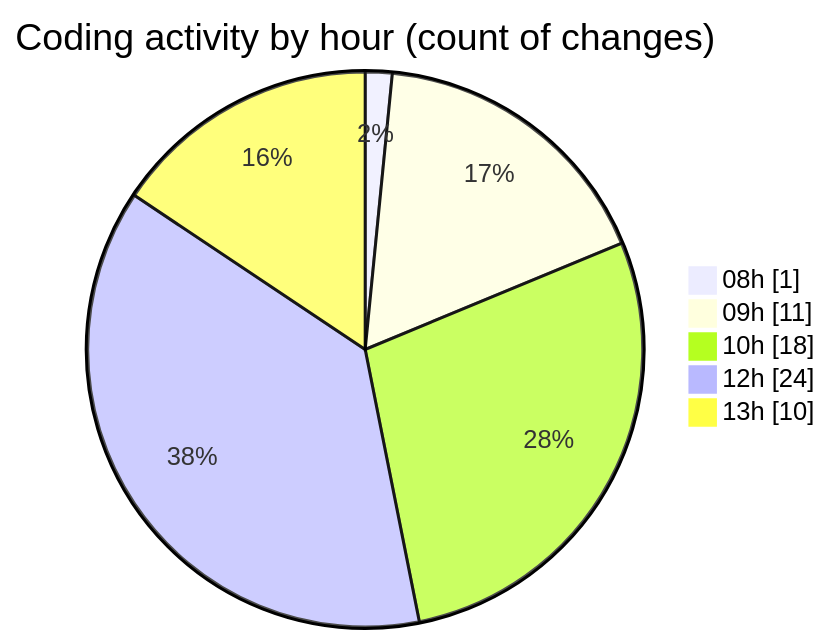
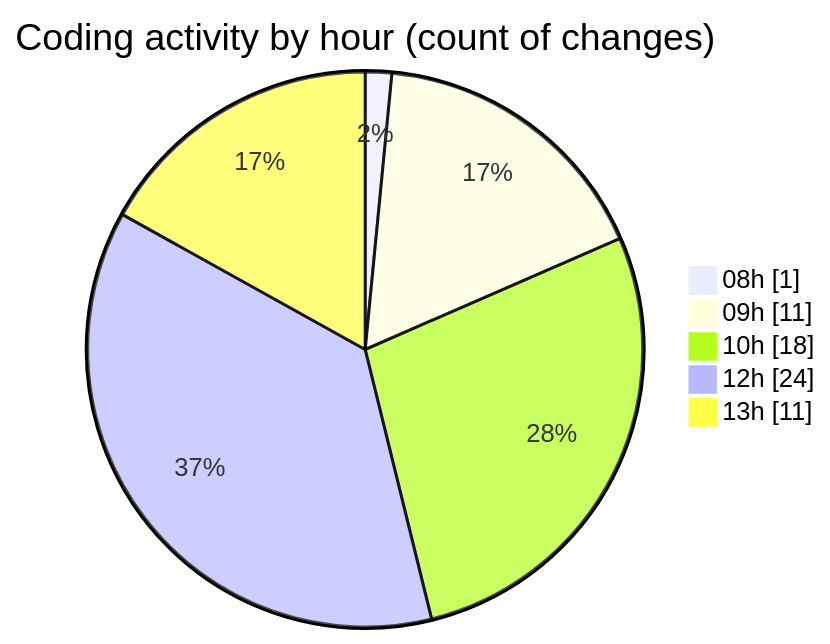
The second of 2 diagrams in 2026-04-14/cda/README.md (momahboobian/code-tracking), drawn with Mermaid before and after one commit. The commit also changed other lines of this file and 1 other file, not shown here.

````diff
--- a/2026-04-14/cda/README.md
+++ b/2026-04-14/cda/README.md
@@ -50,9 +51,9 @@
 ```mermaid
 pie showData
 title Coding activity by hour (count of changes)
 "08h" : 1
 "09h" : 11
 "10h" : 18
 "12h" : 24
-"13h" : 10
+"13h" : 11
 ```
````
